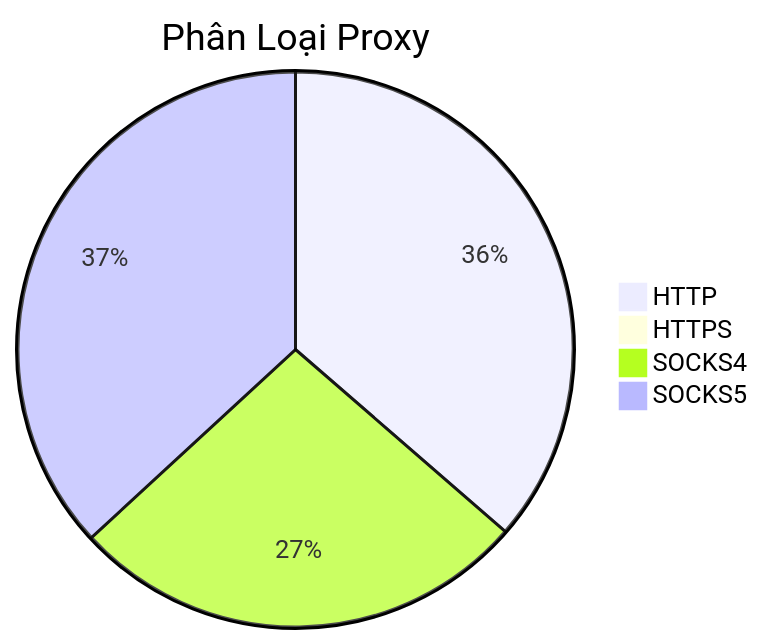
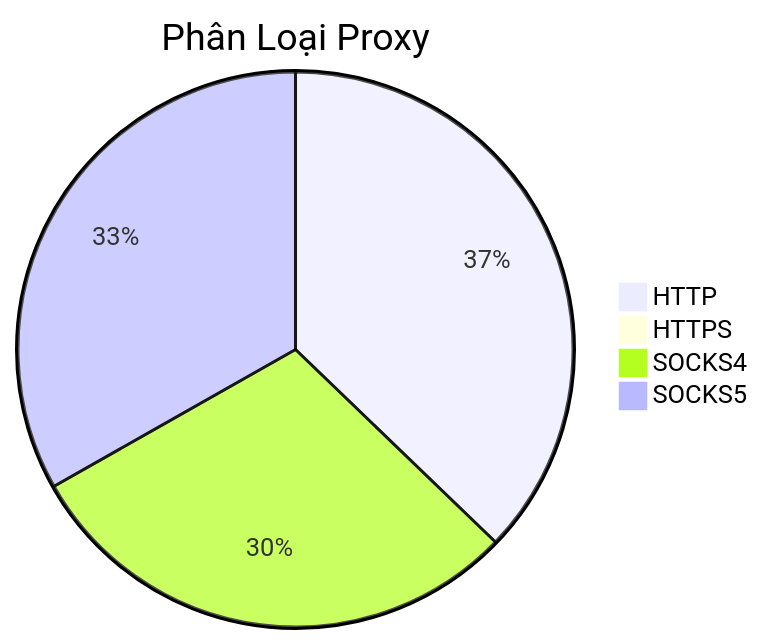
One commit to Ciara-12/PROXY-free changed the diagram in README.md. Above: the diagram before and after it, drawn with Mermaid. The commit also changed other lines of this file and 3 other files, not shown here.

````diff
--- a/README.md
+++ b/README.md
@@ -26,7 +26,7 @@
 ```mermaid
 pie title Phân Loại Proxy
-    "HTTP" : 303
+    "HTTP" : 372
     "HTTPS" : 0
-    "SOCKS4" : 223
-    "SOCKS5" : 307
+    "SOCKS4" : 296
+    "SOCKS5" : 332
 ```
````
